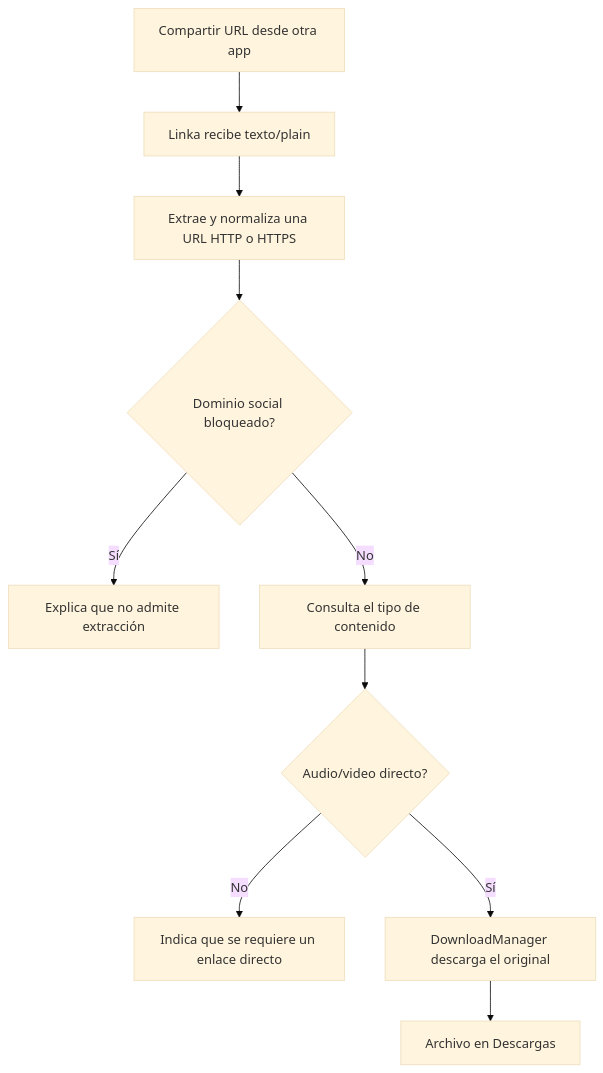
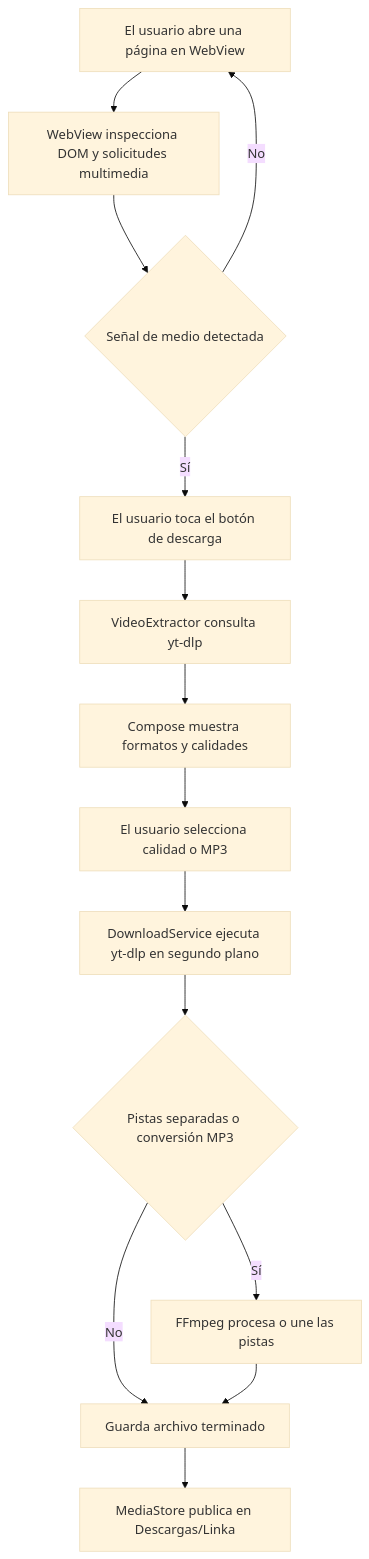
One commit to rikiluciano/Linka changed the diagram in README.md. Above: the diagram before and after it, drawn with Mermaid (base theme). The commit also changed other lines of this file and 17 other files, not shown here.

Commit message:
Replace direct link MVP with Linka video browser (v1.0.2)

````diff
--- a/README.md
+++ b/README.md
@@ -42,12 +45,16 @@
 ```mermaid
 flowchart TD
-    A[Compartir URL desde otra app] --> B[Linka recibe texto/plain]
-    B --> C[Extrae y normaliza una URL HTTP o HTTPS]
-    C --> D{Dominio social bloqueado?}
-    D -- Sí --> E[Explica que no admite extracción]
-    D -- No --> F[Consulta el tipo de contenido]
-    F --> G{Audio/video directo?}
-    G -- No --> H[Indica que se requiere un enlace directo]
-    G -- Sí --> I[DownloadManager descarga el original]
-    I --> J[Archivo en Descargas]
+    A[El usuario abre una página en WebView] --> B[WebView inspecciona DOM y solicitudes multimedia]
+    B --> C{Señal de medio detectada}
+    C -- No --> A
+    C -- Sí --> D[El usuario toca el botón de descarga]
+    D --> E[VideoExtractor consulta yt-dlp]
+    E --> F[Compose muestra formatos y calidades]
+    F --> G[El usuario selecciona calidad o MP3]
+    G --> H[DownloadService ejecuta yt-dlp en segundo plano]
+    H --> I{Pistas separadas o conversión MP3}
+    I -- Sí --> J[FFmpeg procesa o une las pistas]
+    I -- No --> K[Guarda archivo terminado]
+    J --> K
+    K --> L[MediaStore publica en Descargas/Linka]
 ```
````
